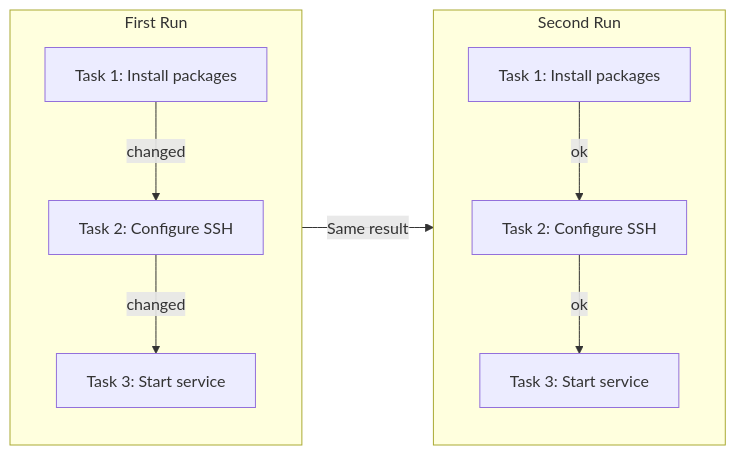
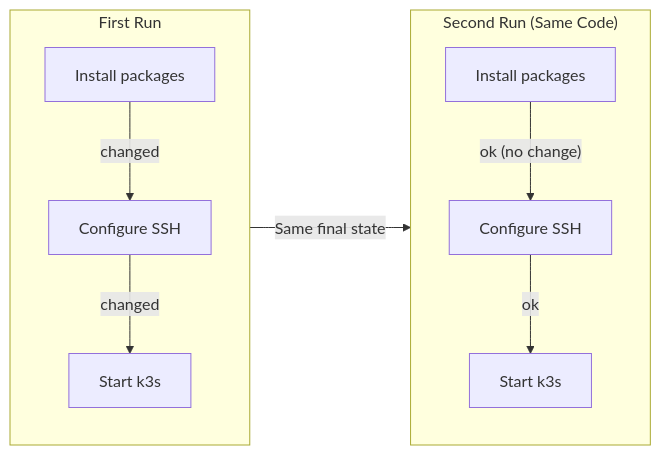
Before and after one commit to PearlThoughtsInternship/Internship-Obsidian-Vault: the fifth of 5 diagrams in DevOps/02-Engineering/03-Configuration-Management.md, drawn with Mermaid. The commit also changed other lines of this file, not shown here.

````diff
--- a/DevOps/02-Engineering/03-Configuration-Management.md
+++ b/DevOps/02-Engineering/03-Configuration-Management.md
@@ -518,18 +490,14 @@
 ```mermaid
 flowchart LR
     subgraph Run1["First Run"]
-        T1a["Task 1: Install packages"]
-        T2a["Task 2: Configure SSH"]
-        T3a["Task 3: Start service"]
-        T1a -->|"changed"| T2a -->|"changed"| T3a
+        T1a["Install packages"] -->|"changed"| T2a["Configure SSH"]
+        T2a -->|"changed"| T3a["Start k3s"]
     end
 
-    subgraph Run2["Second Run"]
-        T1b["Task 1: Install packages"]
-        T2b["Task 2: Configure SSH"]
-        T3b["Task 3: Start service"]
-        T1b -->|"ok"| T2b -->|"ok"| T3b
+    subgraph Run2["Second Run (Same Code)"]
+        T1b["Install packages"] -->|"ok (no change)"| T2b["Configure SSH"]
+        T2b -->|"ok"| T3b["Start k3s"]
     end
 
-    Run1 -->|"Same result"| Run2
+    Run1 -->|"Same final state"| Run2
 ```
````
